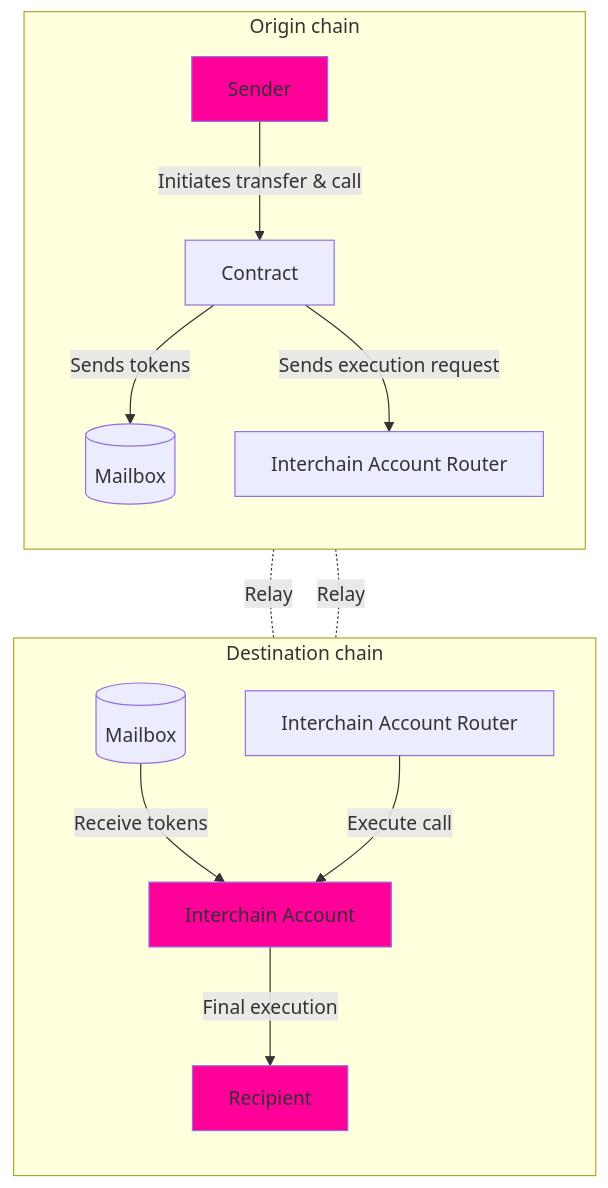
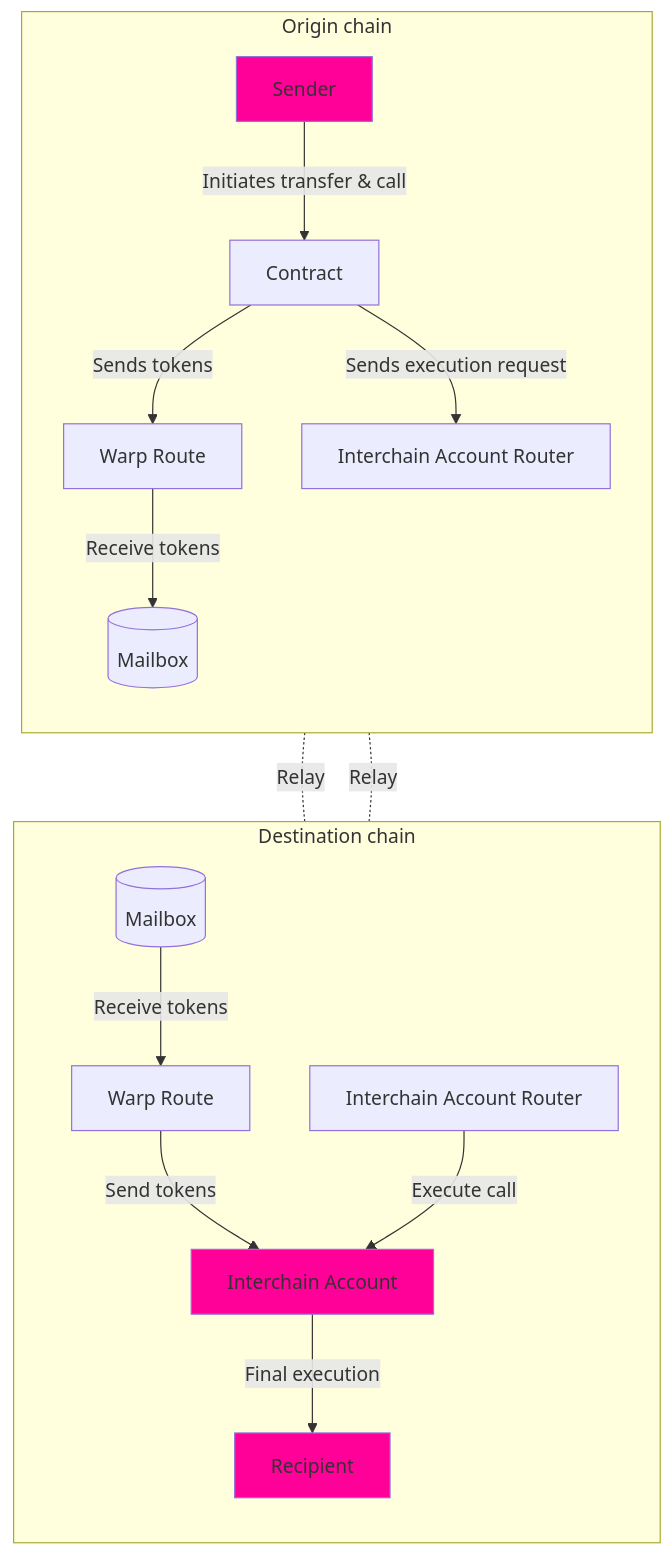
The diagram in docs/guides/transfer-and-call.mdx (hyperlane-xyz/v3-docs), drawn with Mermaid before and after one commit.

Commit message:
Address vercel comments

````diff
--- a/docs/guides/transfer-and-call.mdx
+++ b/docs/guides/transfer-and-call.mdx
@@ -19,35 +19,39 @@
 ```mermaid
 flowchart TB
     subgraph Origin chain
     direction TB
       Sender
       Contract
       ICA_Router_O[Interchain Account Router]
+      Warp_Route_O[Warp Route]
       Mailbox_O[(Mailbox)]
     end
 
     subgraph Destination chain
     direction TB
       Mailbox_D[(Mailbox)]
+      Warp_Route_D[Warp Route]
       ICA_Router_D[Interchain Account Router]
       ICA[Interchain Account]
       Recipient
     end
 
     Sender -->|Initiates transfer & call| Contract
-    Contract -->|Sends tokens| Mailbox_O
+    Contract -->|Sends tokens| Warp_Route_O
+    Warp_Route_O -->|Receive tokens| Mailbox_O
     Mailbox_O -. "Relay" .- Mailbox_D
-    Mailbox_D -->|Receive tokens| ICA
+    Mailbox_D -->|Receive tokens| Warp_Route_D
+    Warp_Route_D -->|Send tokens| ICA
     Contract -->|Sends execution request| ICA_Router_O
     ICA_Router_O -. "Relay" .- ICA_Router_D
     ICA_Router_D -->|Execute call| ICA
     ICA -->|Final execution| Recipient
 
     click ICA_Router_O https://github.com/hyperlane-xyz/hyperlane-monorepo/blob/main/solidity/contracts/middleware/InterchainAccountRouter.sol
     click ICA_Router_D https://github.com/hyperlane-xyz/hyperlane-monorepo/blob/main/solidity/contracts/middleware/InterchainAccountRouter.sol
 
     style Sender fill:#FF0099
     style ICA fill:#FF0099
     style Recipient fill:#FF0099
 
 ```
````
